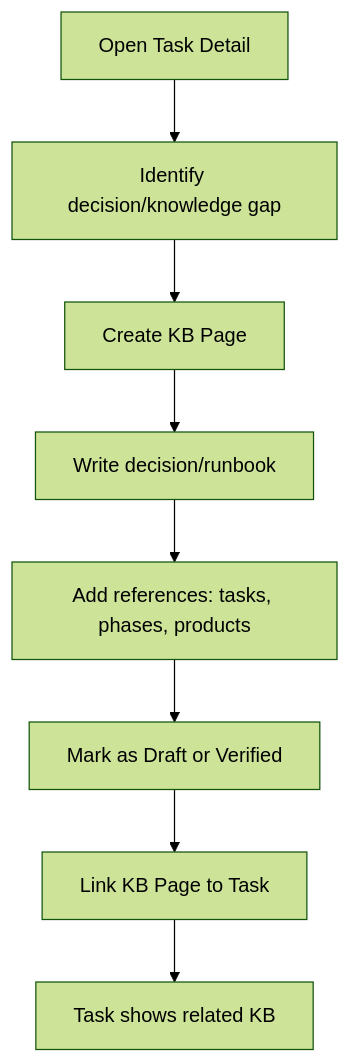
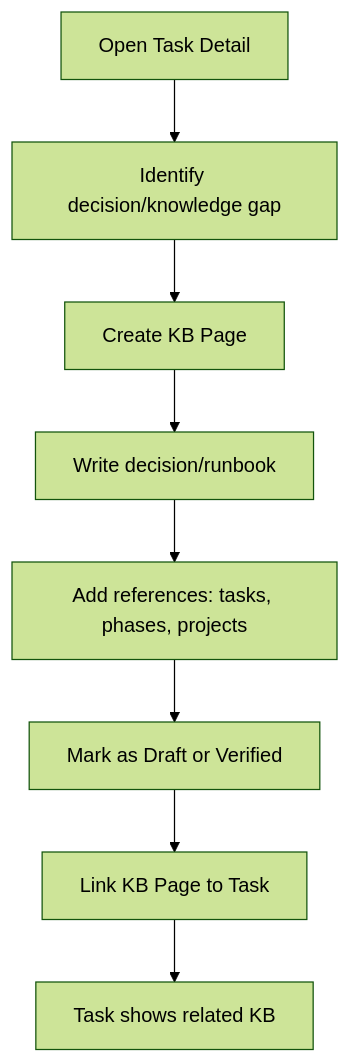
Before and after one commit to CSmithy89/ai-business-hub: the second of 4 diagrams in docs/modules/bm-pm/ux/flows.md, drawn with Mermaid (forest theme). The commit also changed other lines of this file and 3 other files, not shown here.

````diff
--- a/docs/modules/bm-pm/ux/flows.md
+++ b/docs/modules/bm-pm/ux/flows.md
@@ -49,10 +49,10 @@
 ```mermaid
 flowchart TD
   A[Open Task Detail] --> B[Identify decision/knowledge gap]
   B --> C[Create KB Page]
   C --> D[Write decision/runbook]
-  D --> E[Add references: tasks, phases, products]
+  D --> E[Add references: tasks, phases, projects]
   E --> F[Mark as Draft or Verified]
   F --> G[Link KB Page to Task]
   G --> H[Task shows related KB]
 ```
````
